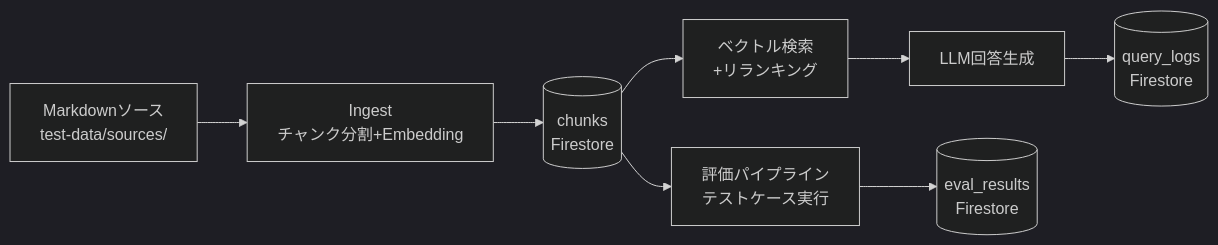
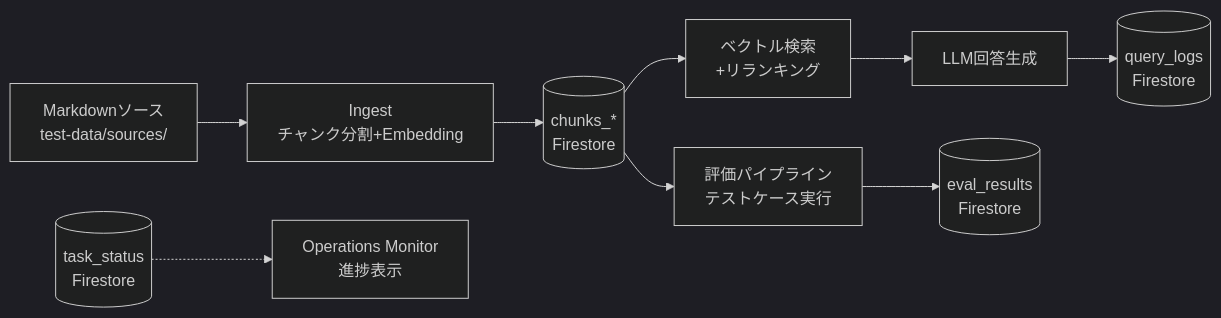
One commit to ishimori/poc_rag_gcp_public changed the first of 2 diagrams in doc/spec/app/database.md. Above: the diagram before and after it, drawn with Mermaid (dark theme). The commit also changed other lines of this file and 2 other files, not shown here.

````diff
--- a/doc/spec/app/database.md
+++ b/doc/spec/app/database.md
@@ -17,11 +17,13 @@
 ```mermaid
 graph LR
     MD[Markdownソース<br/>test-data/sources/] --> Ingest[Ingest<br/>チャンク分割+Embedding]
-    Ingest --> Chunks[(chunks<br/>Firestore)]
+    Ingest --> Chunks[(chunks_*<br/>Firestore)]
     Chunks --> Search[ベクトル検索<br/>+リランキング]
     Search --> LLM[LLM回答生成]
     LLM --> Log[(query_logs<br/>Firestore)]
 
     Chunks --> Eval[評価パイプライン<br/>テストケース実行]
     Eval --> Results[(eval_results<br/>Firestore)]
+
+    TaskStatus[(task_status<br/>Firestore)] -.-> Monitor[Operations Monitor<br/>進捗表示]
 ```
````
